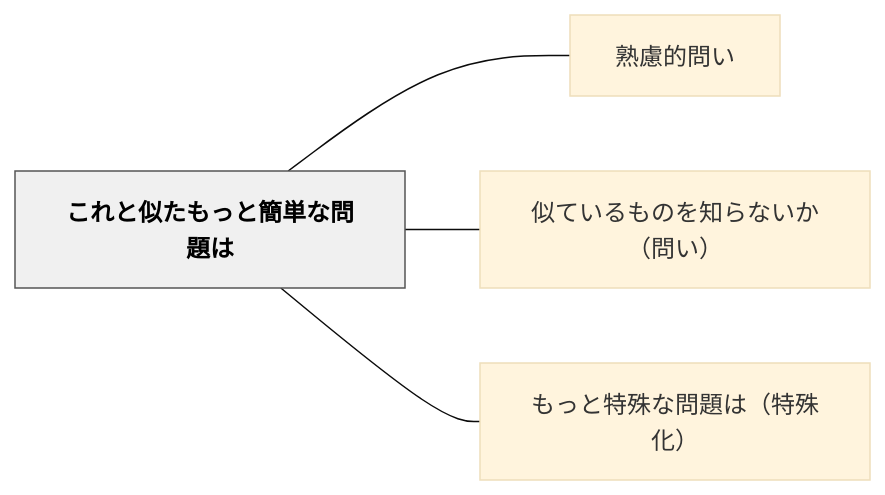
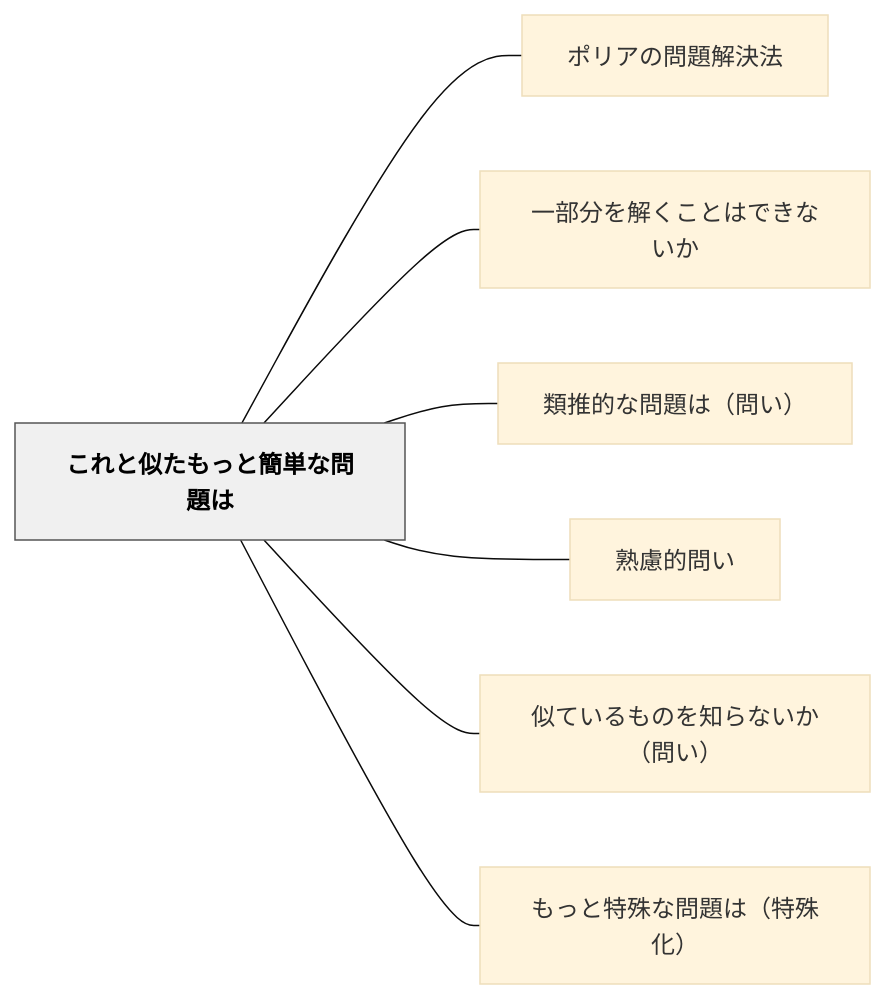
One commit to unknownthings-ed-patterns/unknownthings-ed-patterns changed the diagram in content/パタン/これと似たもっと簡単な問題は.md. Above: the diagram before and after it, drawn with Mermaid (base theme). The commit also changed other lines of this file and 473 other files, not shown here.

````diff
--- a/content/パタン/これと似たもっと簡単な問題は.md
+++ b/content/パタン/これと似たもっと簡単な問題は.md
@@ -40,14 +43,20 @@
 ```mermaid
 flowchart LR
     ne38193e3828c["これと似たもっと簡単な問題は"]
+    ne3839de383aa["ポリアの問題解決法"]
+    ne4b880e983a8["一部分を解くことはできないか"]
+    ne9a19ee68ea8["類推的な問題は（問い）"]
     ne7869fe685ae["熟慮的問い"]
     ne4bcbce381a6["似ているものを知らないか（問い）"]
     ne38282e381a3["もっと特殊な問題は（特殊化）"]
 
+    ne38193e3828c --- ne3839de383aa
+    ne38193e3828c --- ne4b880e983a8
+    ne38193e3828c --- ne9a19ee68ea8
     ne38193e3828c --- ne7869fe685ae
     ne38193e3828c --- ne4bcbce381a6
     ne38193e3828c --- ne38282e381a3
 
     classDef hub fill:#f0f0f0,stroke:#555,color:#000,font-weight:bold
     class ne38193e3828c hub
 ```
````
